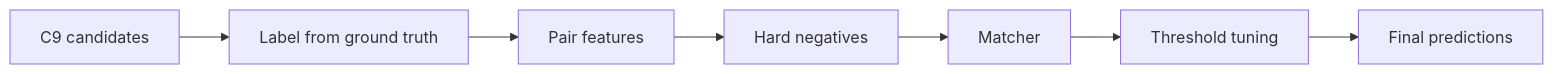
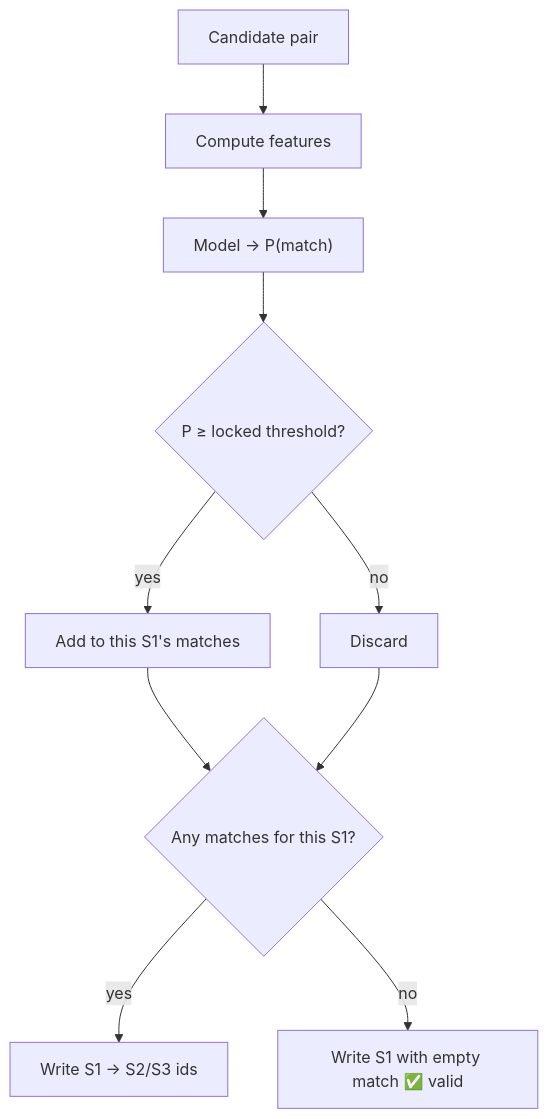
One commit to DharmiSapariya/Amazom_ML_Challenge_2026 changed diagram 15 of 17 in README.md. Above: the diagram before and after it, drawn with Mermaid. The commit also changed other lines of this file, not shown here.

````diff
--- a/README.md
+++ b/README.md
@@ -306,9 +385,12 @@
 ```mermaid
-flowchart LR
-    A["C9 candidates"] --> B["Label from ground truth"]
-    B --> C["Pair features"]
-    C --> D["Hard negatives"]
-    D --> E["Matcher"]
-    E --> F["Threshold tuning"]
-    F --> G["Final predictions"]
+flowchart TD
+    A["Candidate pair"] --> B["Compute features"]
+    B --> C["Model → P(match)"]
+    C --> D{"P ≥ locked threshold?"}
+    D -->|yes| E["Add to this S1's matches"]
+    D -->|no| F["Discard"]
+    E --> G{"Any matches for this S1?"}
+    F --> G
+    G -->|yes| H["Write S1 → S2/S3 ids"]
+    G -->|no| I["Write S1 with empty match ✅ valid"]
 ```
````
